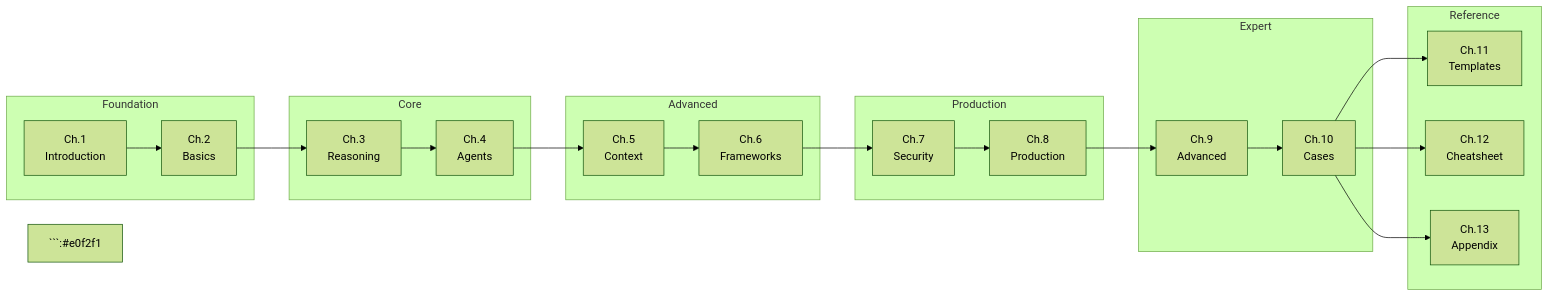
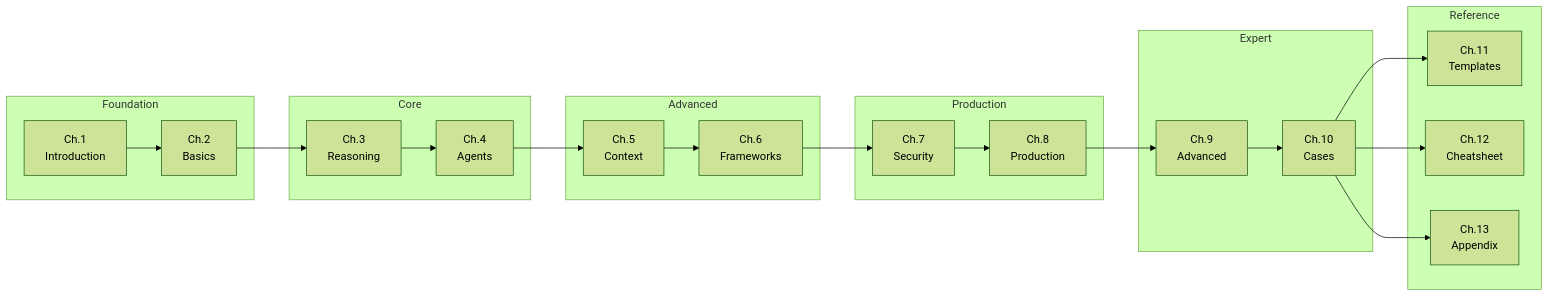
Before and after one commit to yuexiaoliang/prompt-engineering-learning: the third of 3 diagrams in 01-introduction.md, drawn with Mermaid (forest theme). The commit also changed other lines of this file, not shown here.

````diff
--- a/01-introduction.md
+++ b/01-introduction.md
@@ -160,37 +160,36 @@
 ```mermaid
 flowchart LR
     subgraph Foundation
         A[Ch.1<br/>Introduction] --> B[Ch.2<br/>Basics]
     end
 
     subgraph Core
         B --> C[Ch.3<br/>Reasoning]
         C --> D[Ch.4<br/>Agents]
     end
 
     subgraph Advanced
         D --> E[Ch.5<br/>Context]
         E --> F[Ch.6<br/>Frameworks]
     end
 
     subgraph Production
         F --> G[Ch.7<br/>Security]
         G --> H[Ch.8<br/>Production]
     end
 
     subgraph Expert
         H --> I[Ch.9<br/>Advanced]
         I --> J[Ch.10<br/>Cases]
     end
 
     subgraph Reference
         K[Ch.11<br/>Templates]
         L[Ch.12<br/>Cheatsheet]
         M[Ch.13<br/>Appendix]
     end
 
         J --> K
     J --> L
     J --> M
-```:#e0f2f1
 ```
````
